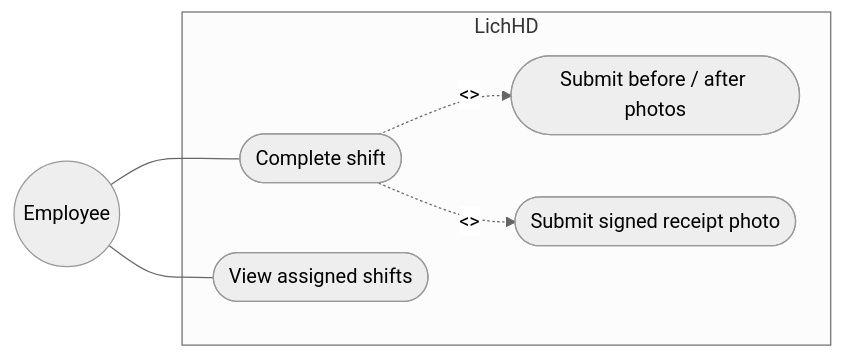
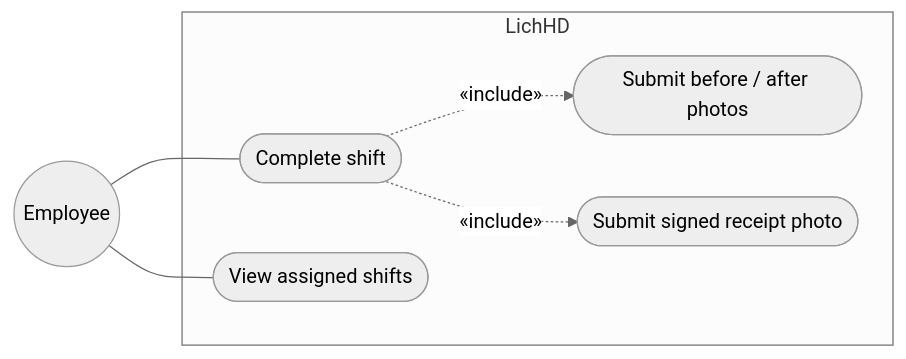
The first of 16 diagrams in docs/02-design-analysis.md (dDxCg/contrack), drawn with Mermaid (neutral theme) before and after one commit. The commit also changed other lines of this file and 2 other files, not shown here.

Commit message:
docs: diagrams minor modified

````diff
--- a/docs/02-design-analysis.md
+++ b/docs/02-design-analysis.md
@@ -53,17 +53,17 @@
 ```mermaid
 flowchart LR
     Employee((Employee))
 
     subgraph Boundary["LichHD"]
         UC3([Complete shift])
         UC4([Submit before / after photos])
         UC5([Submit signed receipt photo])
         UC6([View assigned shifts])
     end
 
     Employee --- UC3
     Employee --- UC6
 
-    UC3 -.->|"<<Include>>"| UC4
-    UC3 -.->|"<<Include>>"| UC5
+    UC3 -.->|&laquo;include&raquo;| UC4
+    UC3 -.->|"&laquo;include&raquo;"| UC5
 ```
````
